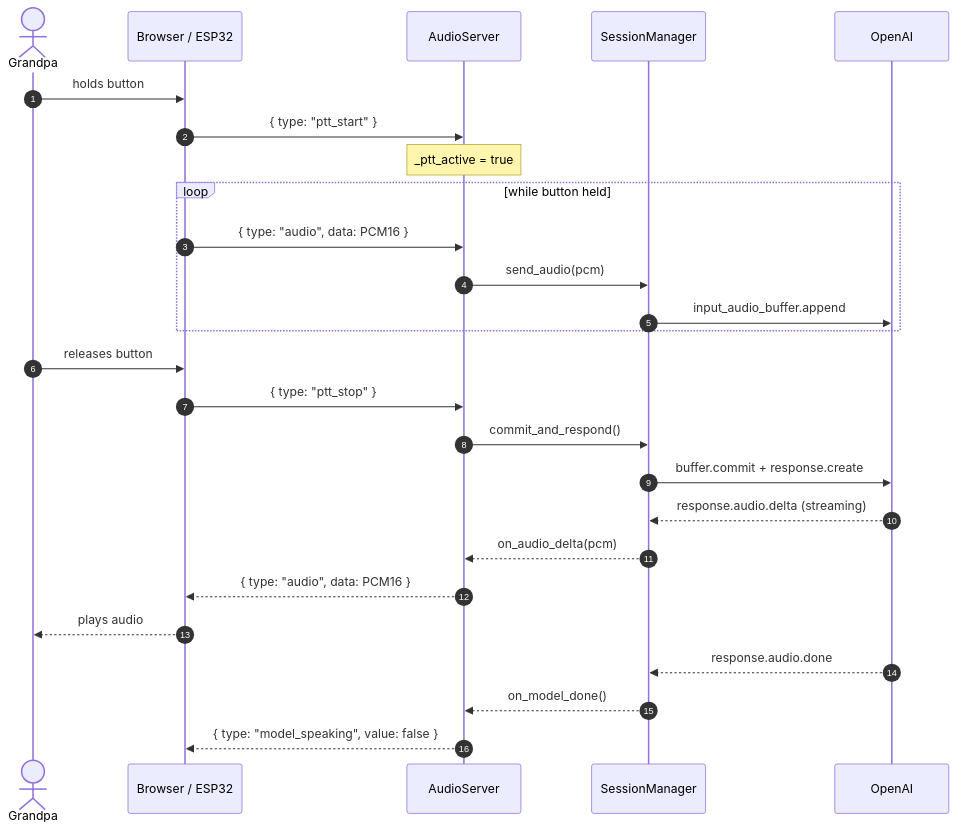
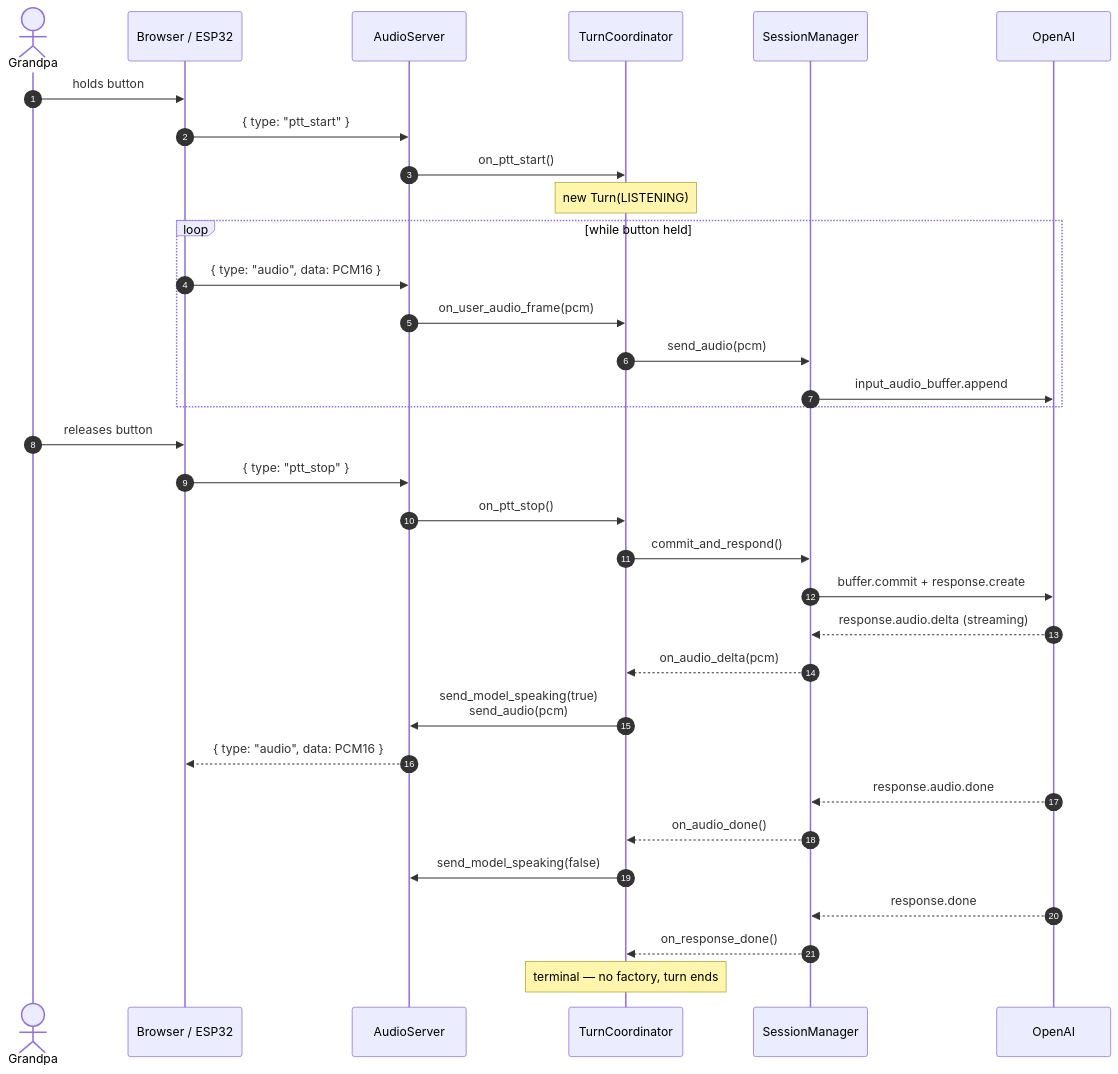
Before and after one commit to ma-r-s/Huxley: the third of 5 diagrams in docs/architecture.md, drawn with Mermaid. The commit also changed other lines of this file and 5 other files, not shown here.

````diff
--- a/docs/architecture.md
+++ b/docs/architecture.md
@@ -79,29 +77,36 @@
 ```mermaid
 sequenceDiagram
     autonumber
     actor Grandpa
     participant Client as Browser / ESP32
     participant Server as AudioServer
+    participant Coord as TurnCoordinator
     participant Sess as SessionManager
     participant OpenAI
 
     Grandpa->>Client: holds button
     Client->>Server: { type: "ptt_start" }
-    Note over Server: _ptt_active = true
+    Server->>Coord: on_ptt_start()
+    Note over Coord: new Turn(LISTENING)
     loop while button held
         Client->>Server: { type: "audio", data: PCM16 }
-        Server->>Sess: send_audio(pcm)
+        Server->>Coord: on_user_audio_frame(pcm)
+        Coord->>Sess: send_audio(pcm)
         Sess->>OpenAI: input_audio_buffer.append
     end
     Grandpa->>Client: releases button
     Client->>Server: { type: "ptt_stop" }
-    Server->>Sess: commit_and_respond()
+    Server->>Coord: on_ptt_stop()
+    Coord->>Sess: commit_and_respond()
     Sess->>OpenAI: buffer.commit + response.create
     OpenAI-->>Sess: response.audio.delta (streaming)
-    Sess-->>Server: on_audio_delta(pcm)
+    Sess-->>Coord: on_audio_delta(pcm)
+    Coord->>Server: send_model_speaking(true)<br/>send_audio(pcm)
     Server-->>Client: { type: "audio", data: PCM16 }
-    Client-->>Grandpa: plays audio
     OpenAI-->>Sess: response.audio.done
-    Sess-->>Server: on_model_done()
-    Server-->>Client: { type: "model_speaking", value: false }
+    Sess-->>Coord: on_audio_done()
+    Coord->>Server: send_model_speaking(false)
+    OpenAI-->>Sess: response.done
+    Sess-->>Coord: on_response_done()
+    Note over Coord: terminal — no factory, turn ends
 ```
````
